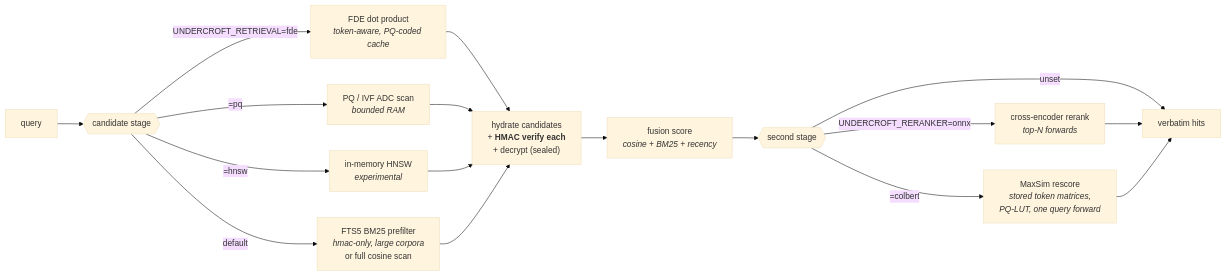
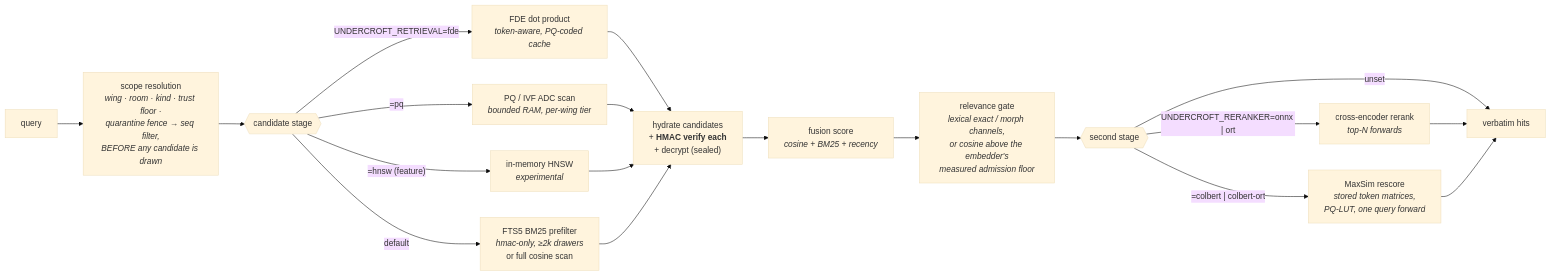
One commit to sealcroft/undercroft changed the fourth of 4 diagrams in docs/architecture.md. Above: the diagram before and after it, drawn with Mermaid (base theme). The commit also changed other lines of this file and 78 other files, not shown here.

First line of the commit message:
the three diagram sets described a different engine — audited against the code, corrected, and ten views added

````diff
--- a/docs/architecture.md
+++ b/docs/architecture.md
@@ -142,19 +159,21 @@
 ```mermaid
 flowchart LR
-    q["query"] --> cand{{"candidate stage"}}
+    q["query"] --> scope["scope resolution<br/><i>wing · room · kind · trust floor ·<br/>quarantine fence → seq filter,<br/>BEFORE any candidate is drawn</i>"]
+    scope --> cand{{"candidate stage"}}
     cand -- "UNDERCROFT_RETRIEVAL=fde" --> fde["FDE dot product<br/><i>token-aware, PQ-coded cache</i>"]
-    cand -- "=pq" --> pq["PQ / IVF ADC scan<br/><i>bounded RAM</i>"]
-    cand -- "=hnsw" --> hnsw["in-memory HNSW<br/><i>experimental</i>"]
-    cand -- "default" --> fts["FTS5 BM25 prefilter<br/><i>hmac-only, large corpora</i><br/>or full cosine scan"]
+    cand -- "=pq" --> pq["PQ / IVF ADC scan<br/><i>bounded RAM, per-wing tier</i>"]
+    cand -- "=hnsw (feature)" --> hnsw["in-memory HNSW<br/><i>experimental</i>"]
+    cand -- "default" --> fts["FTS5 BM25 prefilter<br/><i>hmac-only, ≥2k drawers</i><br/>or full cosine scan"]
     fde --> hyd
     pq --> hyd
     hnsw --> hyd
     fts --> hyd
     hyd["hydrate candidates<br/>+ <b>HMAC verify each</b><br/>+ decrypt (sealed)"] --> fuse["fusion score<br/><i>cosine + BM25 + recency</i>"]
-    fuse --> second{{"second stage"}}
-    second -- "UNDERCROFT_RERANKER=onnx" --> ce["cross-encoder rerank<br/><i>top-N forwards</i>"]
-    second -- "=colbert" --> ms["MaxSim rescore<br/><i>stored token matrices,<br/>PQ-LUT, one query forward</i>"]
+    fuse --> gate["relevance gate<br/><i>lexical exact / morph channels,<br/>or cosine above the embedder's<br/>measured admission floor</i>"]
+    gate --> second{{"second stage"}}
+    second -- "UNDERCROFT_RERANKER=onnx | ort" --> ce["cross-encoder rerank<br/><i>top-N forwards</i>"]
+    second -- "=colbert | colbert-ort" --> ms["MaxSim rescore<br/><i>stored token matrices,<br/>PQ-LUT, one query forward</i>"]
     second -- "unset" --> out
     ce --> out["verbatim hits"]
     ms --> out
 ```
````
